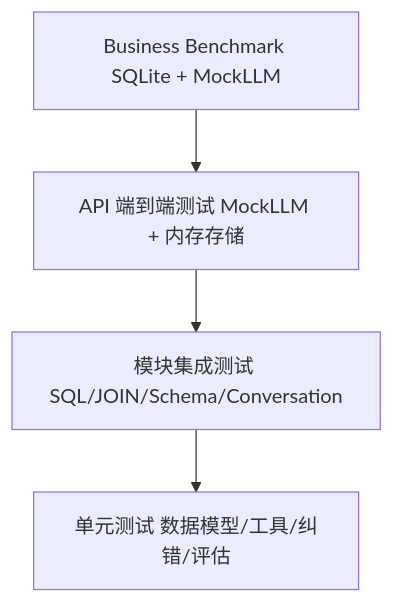
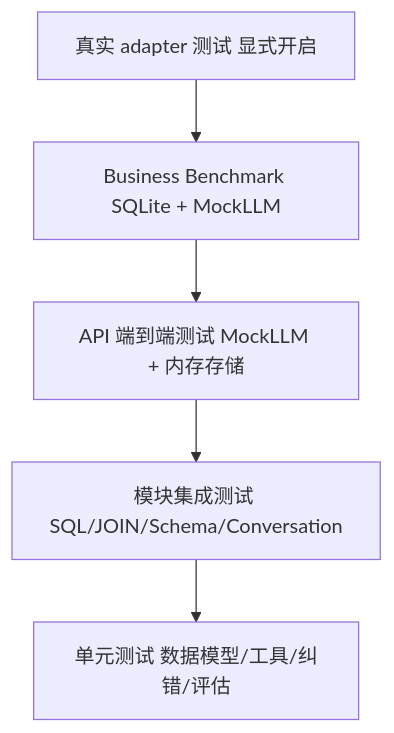
One commit to shuaidaqian/data-agent changed the sixth of 12 diagrams in docs/study-plan/diagrams.md. Above: the diagram before and after it, drawn with Mermaid. The commit also changed 24 other files, not shown here.

````diff
--- a/docs/study-plan/diagrams.md
+++ b/docs/study-plan/diagrams.md
@@ -92,6 +92,7 @@
 ```mermaid
 flowchart TD
-    A["Business Benchmark SQLite + MockLLM"] --> B["API 端到端测试 MockLLM + 内存存储"]
-    B --> C["模块集成测试 SQL/JOIN/Schema/Conversation"]
-    C --> D["单元测试 数据模型/工具/纠错/评估"]
+    A["真实 adapter 测试 显式开启"] --> B["Business Benchmark SQLite + MockLLM"]
+    B --> C["API 端到端测试 MockLLM + 内存存储"]
+    C --> D["模块集成测试 SQL/JOIN/Schema/Conversation"]
+    D --> E["单元测试 数据模型/工具/纠错/评估"]
 ```
````
